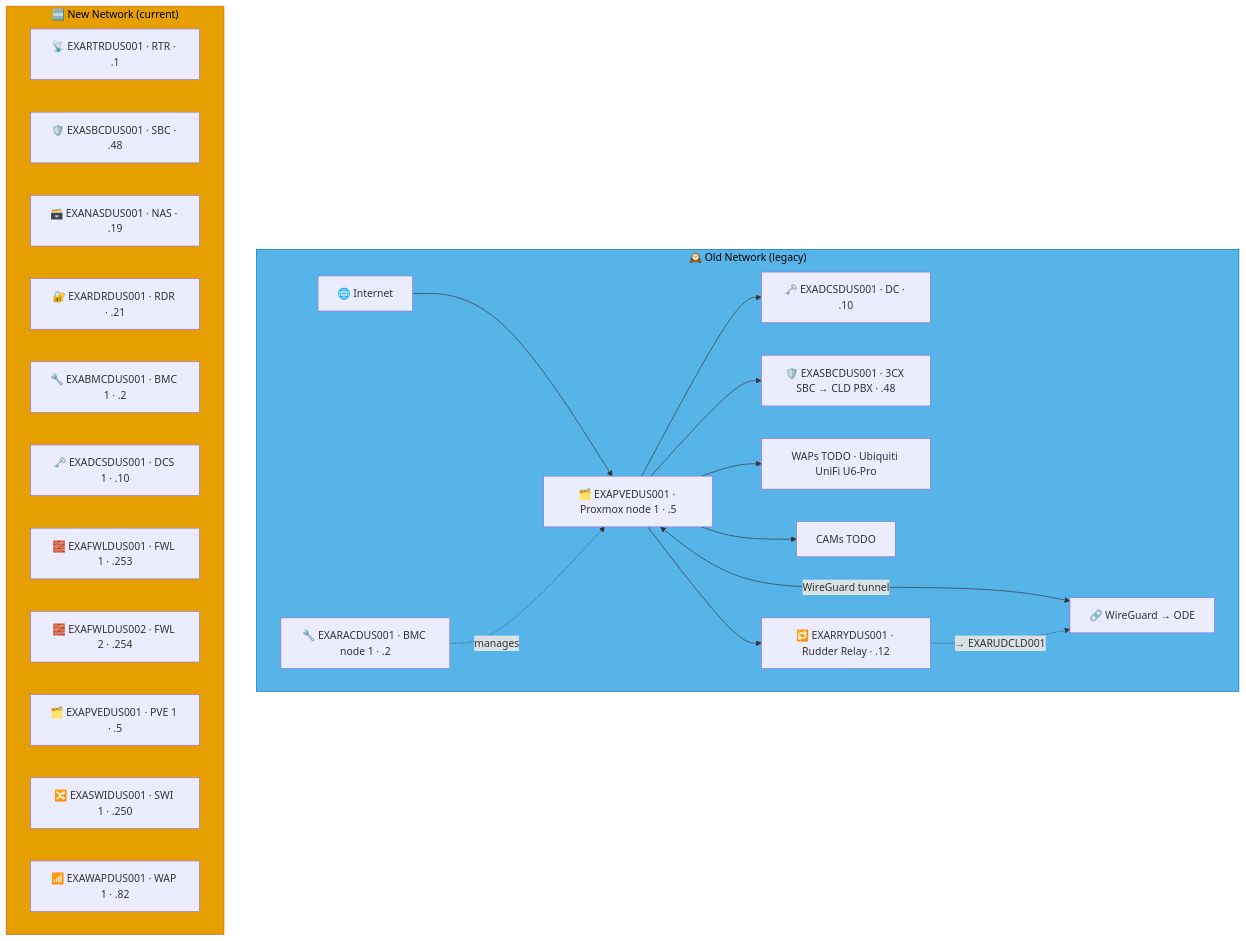
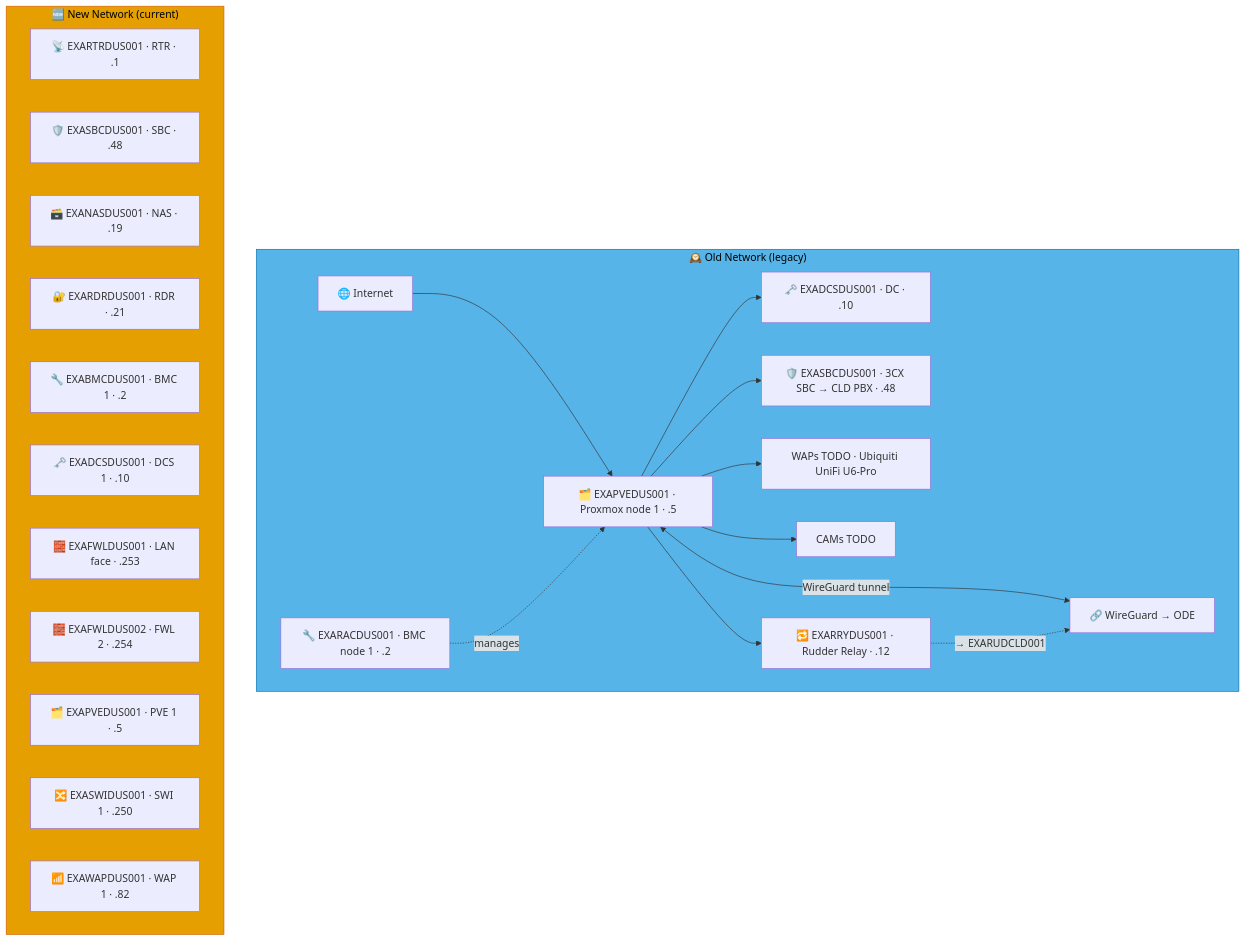
Before and after one commit to knightmare2600/example_music_infra: the fifth of 5 diagrams in docs/network-diagram/deutschland.md, drawn with Mermaid. The commit also changed other lines of this file and 17 other files, not shown here.

````diff
--- a/docs/network-diagram/deutschland.md
+++ b/docs/network-diagram/deutschland.md
@@ -238,39 +238,39 @@
 ```mermaid
 graph TD
     subgraph OLD_DUS ["🕰️ Old Network (legacy)"]
       INET["🌐 Internet"]
       RAC["🔧 EXARACDUS001 · BMC node 1 · .2"]
       PVE["🗂️ EXAPVEDUS001 · Proxmox node 1 · .5"]
       DC["🗝️ EXADCSDUS001 · DC · .10"]
       SBC["🛡️ EXASBCDUS001 · 3CX SBC → CLD PBX · .48"]
       RRY["🔁 EXARRYDUS001 · Rudder Relay · .12"]
       WAP["WAPs TODO · Ubiquiti UniFi U6-Pro"]
       CAM["CAMs TODO"]
       VPN["🔗 WireGuard → ODE"]
 
       INET --> PVE --> DC & SBC
       RAC -.->|"manages"| PVE
       PVE --> WAP & CAM
       PVE <-->|"WireGuard tunnel"| VPN
 
       PVE --> RRY
       RRY -. "→ EXARUDCLD001" .-> VPN
     end
     style OLD_DUS fill:#56B4E9,stroke:#0072B2,color:#000000
     %% GENERATED:NEW-NETWORK:DUS:START
     subgraph NEW_DUS ["🆕 New Network (current)"]
       N_RTR["📡 EXARTRDUS001 · RTR · .1"]
       N_SBC["🛡️ EXASBCDUS001 · SBC · .48"]
       N_NAS["🗃️ EXANASDUS001 · NAS · .19"]
       N_RDR["🔐 EXARDRDUS001 · RDR · .21"]
       N_BMC["🔧 EXABMCDUS001 · BMC 1 · .2"]
       N_DCS["🗝️ EXADCSDUS001 · DCS 1 · .10"]
-      N_FWL["🧱 EXAFWLDUS001 · FWL 1 · .253"]
+      N_FWL["🧱 EXAFWLDUS001 · LAN face · .253"]
       N_FWL2["🧱 EXAFWLDUS002 · FWL 2 · .254"]
       N_PVE["🗂️ EXAPVEDUS001 · PVE 1 · .5"]
       N_SWI["🔀 EXASWIDUS001 · SWI 1 · .250"]
       N_WAP["📶 EXAWAPDUS001 · WAP 1 · .82"]
     end
     style NEW_DUS fill:#E69F00,stroke:#D55E00,color:#000000
     %% GENERATED:NEW-NETWORK:DUS:END
 ```
````
